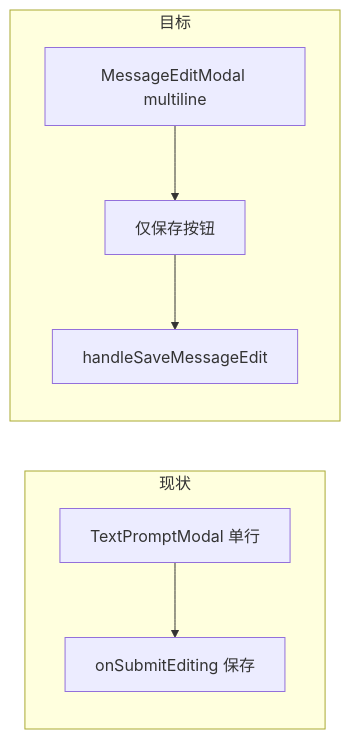
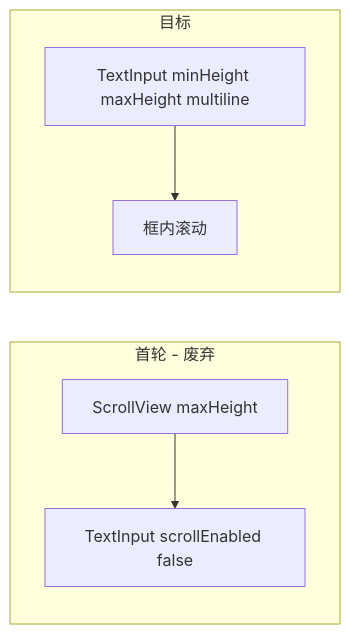
One commit to bloodycrownD/novel-master changed the second of 2 diagrams in .apm/kb/docs/Iterations/mobile-message-edit-multiline/spec.md. Above: the diagram before and after it, drawn with Mermaid. The commit also changed other lines of this file and 3 other files, not shown here.

First line of the commit message:
返工 MessageEditModal 多行输入：对齐 ChatComposer 模式

````diff
--- a/.apm/kb/docs/Iterations/mobile-message-edit-multiline/spec.md
+++ b/.apm/kb/docs/Iterations/mobile-message-edit-multiline/spec.md
@@ -56,10 +104,9 @@
 ```mermaid
 flowchart LR
-  subgraph before [现状]
-    A[TextPromptModal 单行] --> B[onSubmitEditing 保存]
+  subgraph bad [首轮 - 废弃]
+    SV[ScrollView maxHeight] --> TI1[TextInput scrollEnabled false]
   end
-  subgraph after [目标]
-    C[MessageEditModal multiline] --> D[仅保存按钮]
-    D --> E[handleSaveMessageEdit]
+  subgraph good [目标]
+    TI2[TextInput minHeight maxHeight multiline] --> SCROLL[框内滚动]
   end
 ```
````
